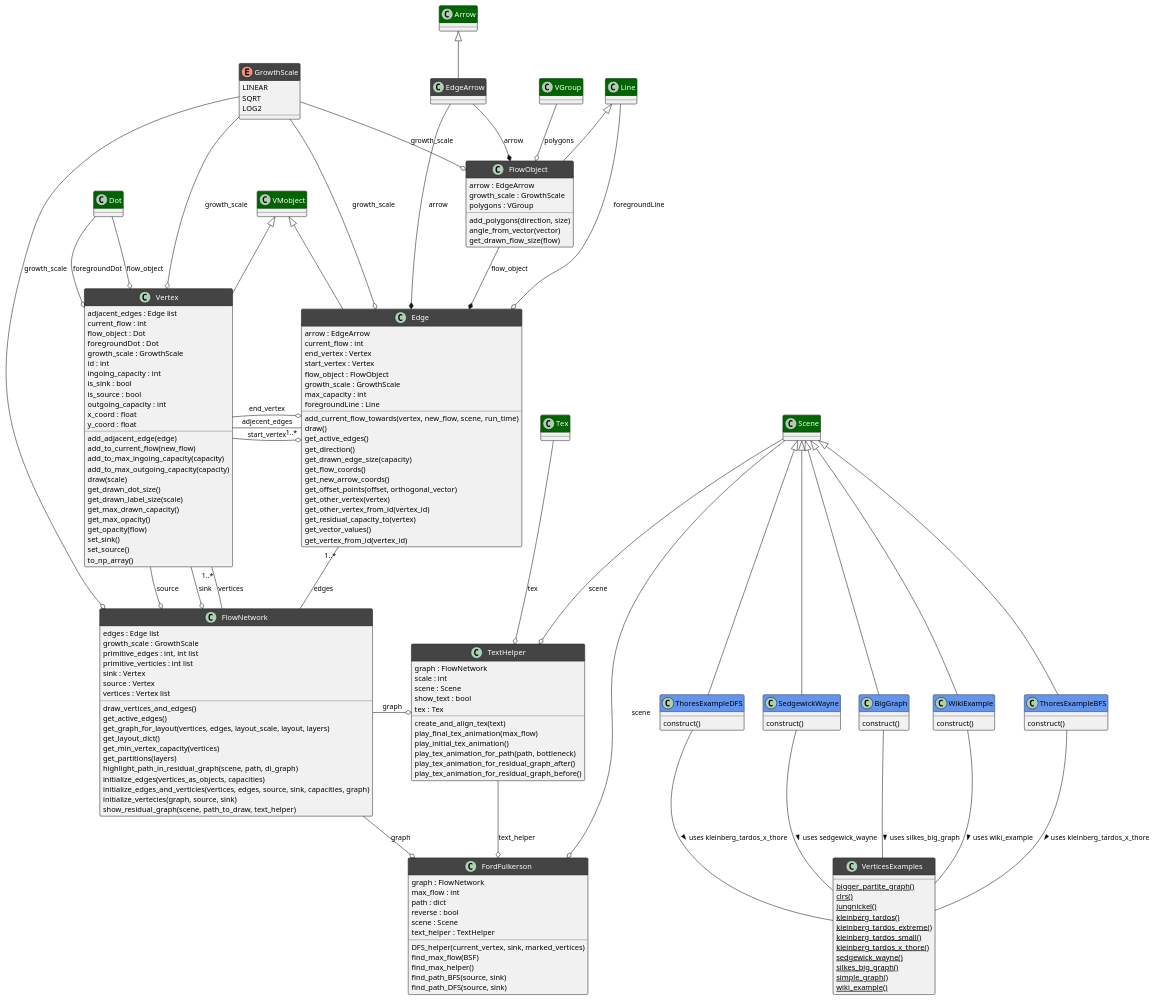
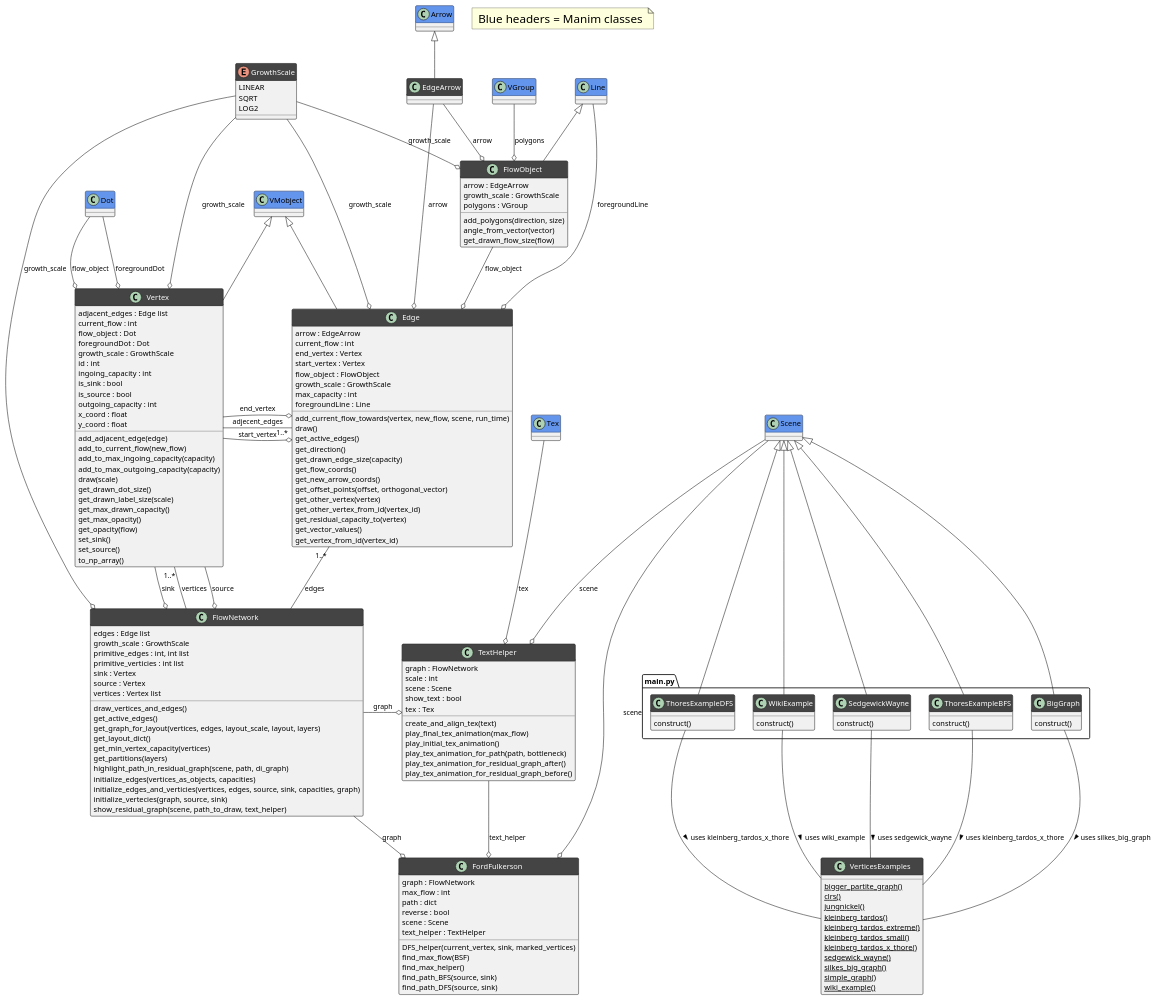
Before and after one commit to rakulmaria/bachelor-spring-24: the diagram in classesDiagram.puml, drawn with PlantUML. The commit also changed 2 other files, not shown here.

```diff
--- a/classesDiagram.puml
+++ b/classesDiagram.puml
@@ -17,23 +17,25 @@
   {static} wiki_example()
 }
 
-class "WikiExample" as WikiExample #header:CornFlowerBlue {
+namespace main.py {
+class "WikiExample" as WikiExample {
   construct()
 }
-class "ThoresExampleBFS" as ThoresExampleBFS #header:CornFlowerBlue {
+class "ThoresExampleBFS" as ThoresExampleBFS {
   construct()
 }
-class "ThoresExampleDFS" as ThoresExampleDFS #header:CornFlowerBlue {
+class "ThoresExampleDFS" as ThoresExampleDFS {
   construct()
 }
-class "SedgewickWayne" as SedgewickWayne #header:CornFlowerBlue {
+class "SedgewickWayne" as SedgewickWayne {
   construct()
 }
-class "BigGraph" as BigGraph #header:CornFlowerBlue {
+class "BigGraph" as BigGraph {
   construct()
 }
+}
 
-class "Dot" as Dot #header:DarkGreen {}
+class "Dot" as Dot #header:CornFlowerBlue {}
 class "Edge" as Edge {
   arrow : EdgeArrow
   current_flow : int
@@ -105,10 +107,10 @@
   SQRT
   LOG2
 }
-class "Scene" as Scene #header:DarkGreen {
+class "Scene" as Scene #header:CornFlowerBlue {
 
 }
-class "Tex" as Tex #header:DarkGreen {
+class "Tex" as Tex #header:CornFlowerBlue {
 }
 class "TextHelper" as TextHelper {
   graph : FlowNetwork
@@ -152,10 +154,10 @@
   to_np_array()
 }
 
-class "VMobject" as VMobject #header:DarkGreen {}
-class "Arrow" as Arrow #header:DarkGreen {}
-class "Line" as Line #header:DarkGreen {}
-class "VGroup" as VGroup #header:DarkGreen {}
+class "VMobject" as VMobject #header:CornFlowerBlue {}
+class "Arrow" as Arrow #header:CornFlowerBlue {}
+class "Line" as Line #header:CornFlowerBlue {}
+class "VGroup" as VGroup #header:CornFlowerBlue {}
 
 BigGraph -- VerticesExamples : uses silkes_big_graph >
 SedgewickWayne -- VerticesExamples : uses sedgewick_wayne >
@@ -181,9 +183,9 @@
 Tex --o TextHelper : tex
 Edge "1..*" -- FlowNetwork : edges
 Vertex "1..*" -- FlowNetwork : vertices
-EdgeArrow --* Edge : arrow
-EdgeArrow --* FlowObject : arrow
-FlowObject --* Edge : flow_object
+EdgeArrow --o Edge : arrow
+EdgeArrow --o FlowObject : arrow
+FlowObject --o Edge : flow_object
 TextHelper --o FordFulkerson : text_helper
 FlowNetwork -r-o TextHelper : graph
 Scene --o FordFulkerson : scene
@@ -196,4 +198,8 @@
 Vertex --o FlowNetwork : source
 Vertex --o FlowNetwork : sink
 
+note as N1
+<size:22> Blue headers = Manim classes </size>
+end note
+
 @enduml
```
